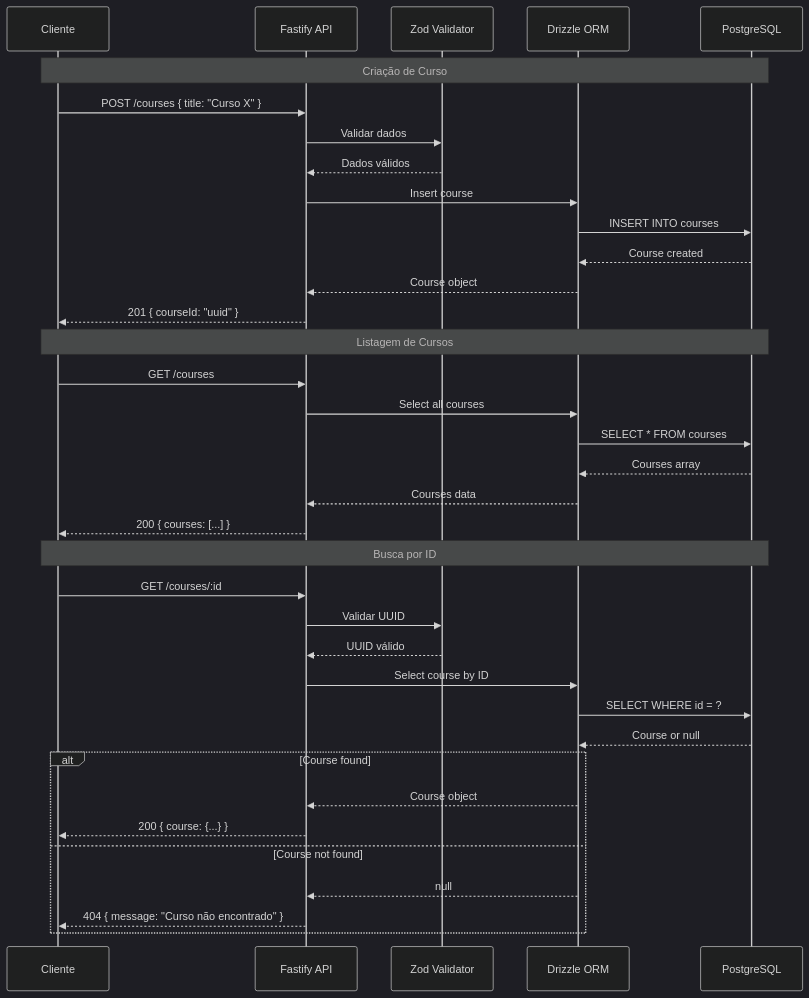
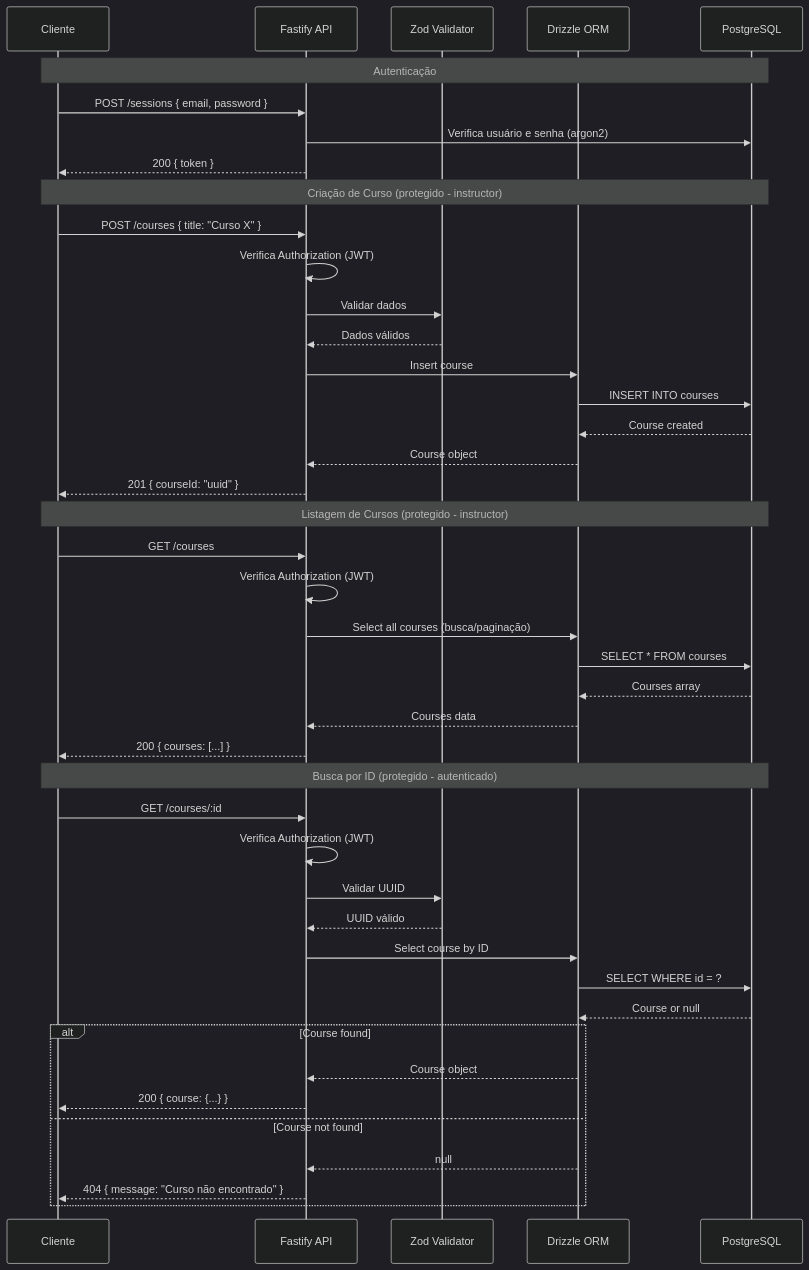
One commit to Ricardoleaom/apinode changed the second of 2 diagrams in README.md. Above: the diagram before and after it, drawn with Mermaid (dark theme). The commit also changed other lines of this file and 4 other files, not shown here.

````diff
--- a/README.md
+++ b/README.md
@@ -50,41 +56,49 @@
 ```mermaid
 sequenceDiagram
     participant Client as Cliente
     participant API as Fastify API
     participant Validator as Zod Validator
     participant ORM as Drizzle ORM
     participant DB as PostgreSQL
 
-    Note over Client,DB: Criação de Curso
+    Note over Client,DB: Autenticação
+    Client->>API: POST /sessions { email, password }
+    API->>DB: Verifica usuário e senha (argon2)
+    API-->>Client: 200 { token }
+
+    Note over Client,DB: Criação de Curso (protegido - instructor)
     Client->>API: POST /courses { title: "Curso X" }
+    API->>API: Verifica Authorization (JWT)
     API->>Validator: Validar dados
     Validator-->>API: Dados válidos
     API->>ORM: Insert course
     ORM->>DB: INSERT INTO courses
     DB-->>ORM: Course created
     ORM-->>API: Course object
     API-->>Client: 201 { courseId: "uuid" }
 
-    Note over Client,DB: Listagem de Cursos
+    Note over Client,DB: Listagem de Cursos (protegido - instructor)
     Client->>API: GET /courses
-    API->>ORM: Select all courses
+    API->>API: Verifica Authorization (JWT)
+    API->>ORM: Select all courses (busca/paginação)
     ORM->>DB: SELECT * FROM courses
     DB-->>ORM: Courses array
     ORM-->>API: Courses data
     API-->>Client: 200 { courses: [...] }
 
-    Note over Client,DB: Busca por ID
+    Note over Client,DB: Busca por ID (protegido - autenticado)
     Client->>API: GET /courses/:id
+    API->>API: Verifica Authorization (JWT)
     API->>Validator: Validar UUID
     Validator-->>API: UUID válido
     API->>ORM: Select course by ID
     ORM->>DB: SELECT WHERE id = ?
     DB-->>ORM: Course or null
     alt Course found
         ORM-->>API: Course object
         API-->>Client: 200 { course: {...} }
     else Course not found
         ORM-->>API: null
         API-->>Client: 404 { message: "Curso não encontrado" }
     end
 ```
````
